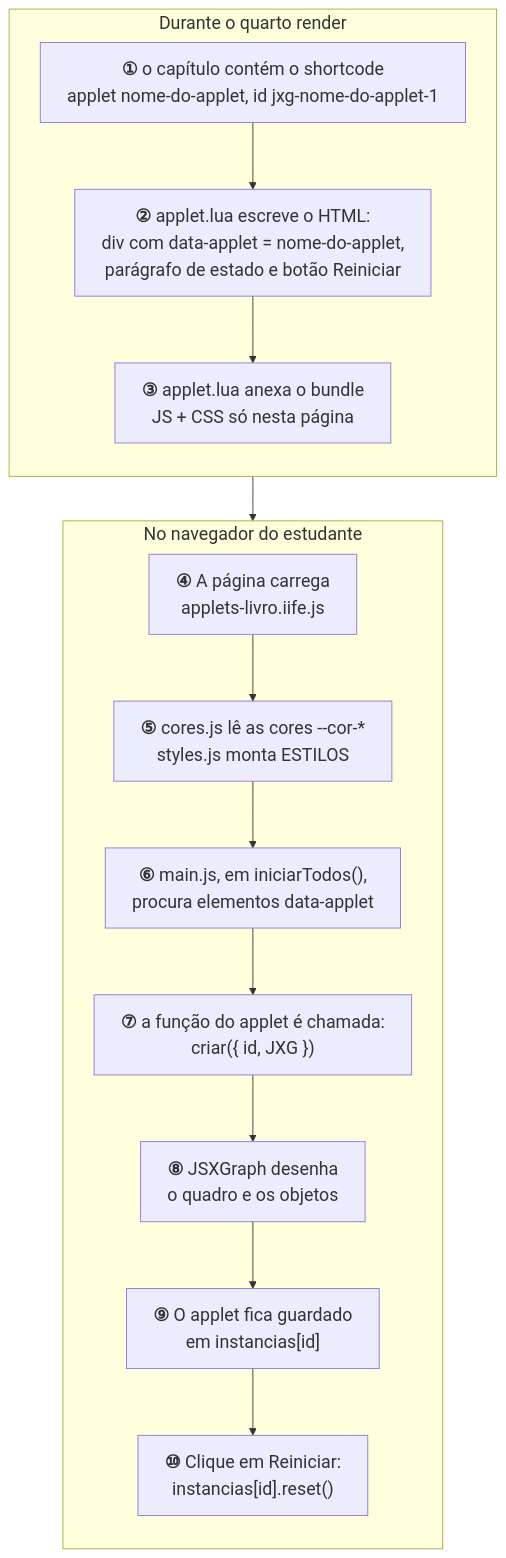
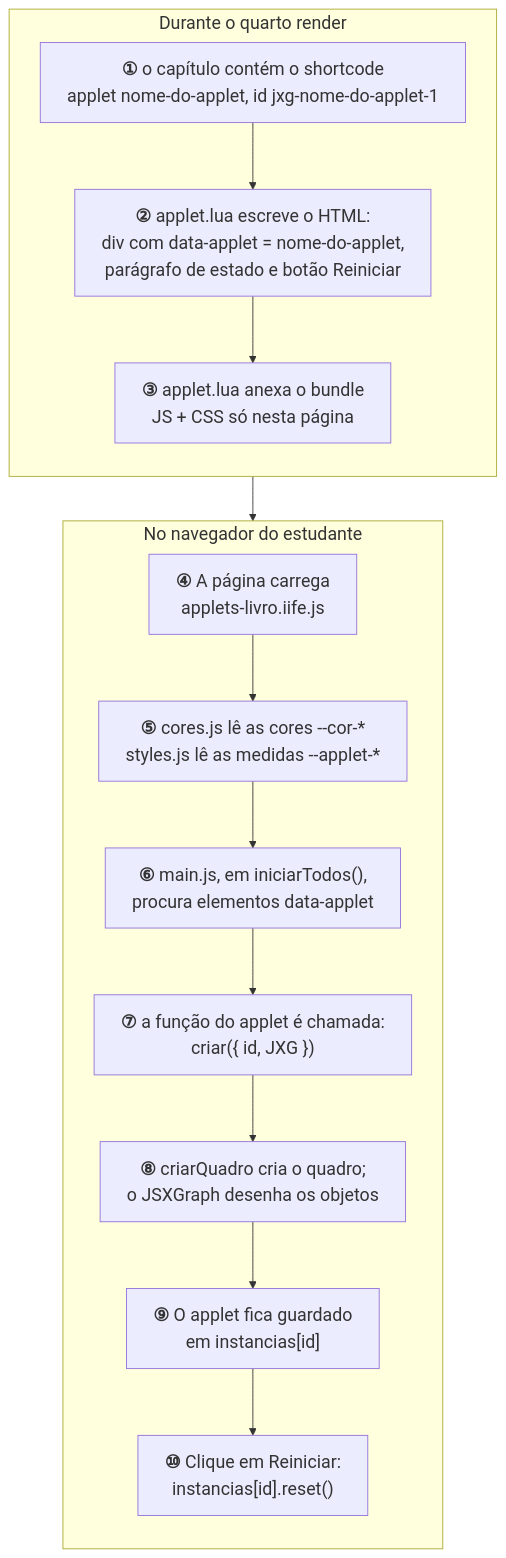
The seventh of 9 diagrams in _interno/diretrizes/arquitetura.md (lcmerlo/livro-online-fcg), drawn with Mermaid before and after one commit. The commit also changed other lines of this file and 8 other files, not shown here.

````diff
--- a/_interno/diretrizes/arquitetura.md
+++ b/_interno/diretrizes/arquitetura.md
@@ -339,25 +343,25 @@
 ```mermaid
 %%{init: {"themeVariables": {"fontSize": "20px"}, "flowchart": {"wrappingWidth": 420}}}%%
 flowchart TD
     subgraph R["Durante o quarto render"]
         direction TB
         r1["<b>①</b> o capítulo contém o shortcode<br/>applet nome-do-applet, id jxg-nome-do-applet-1"]
         r2["<b>②</b> applet.lua escreve o HTML:<br/>div com data-applet = nome-do-applet,<br/>parágrafo de estado e botão Reiniciar"]
         r3["<b>③</b> applet.lua anexa o bundle<br/>JS + CSS só nesta página"]
         r1 --> r2 --> r3
     end
 
     subgraph N["No navegador do estudante"]
         direction TB
         n1["<b>④</b> A página carrega<br/>applets-livro.iife.js"]
-        n2["<b>⑤</b> cores.js lê as cores --cor-*<br/>styles.js monta ESTILOS"]
+        n2["<b>⑤</b> cores.js lê as cores --cor-*<br/>styles.js lê as medidas --applet-*"]
         n3["<b>⑥</b> main.js, em iniciarTodos(),<br/>procura elementos data-applet"]
         n4["<b>⑦</b> a função do applet é chamada:<br/>criar<Nome>({ id, JXG })"]
-        n5["<b>⑧</b> JSXGraph desenha<br/>o quadro e os objetos"]
+        n5["<b>⑧</b> criarQuadro cria o quadro;<br/>o JSXGraph desenha os objetos"]
         n6["<b>⑨</b> O applet fica guardado<br/>em instancias[id]"]
         n7["<b>⑩</b> Clique em Reiniciar:<br/>instancias[id].reset()"]
         n1 --> n2 --> n3 --> n4 --> n5 --> n6 --> n7
     end
 
     R --> N
 ```
````
